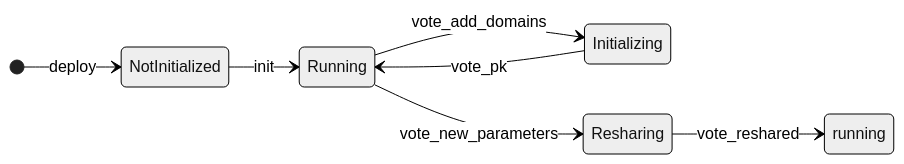
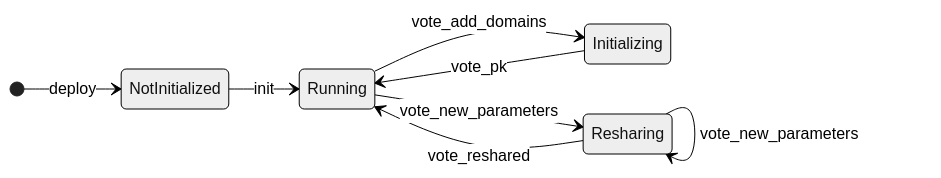
Before and after one commit to near/mpc: the diagram in libs/chain-signatures/contract/readme.md, drawn with Mermaid (neutral theme).

````diff
--- a/libs/chain-signatures/contract/readme.md
+++ b/libs/chain-signatures/contract/readme.md
@@ -33,10 +33,11 @@
 ```mermaid
 stateDiagram-v2
     direction LR
     [*] --> NotInitialized : deploy
     NotInitialized --> Running : init
     Running --> Initializing : vote_add_domains
     Running --> Resharing : vote_new_parameters
     Initializing --> Running : vote_pk
-    Resharing --> running : vote_reshared
+    Resharing --> Running : vote_reshared
+    Resharing --> Resharing : vote_new_parameters
 ```
````
